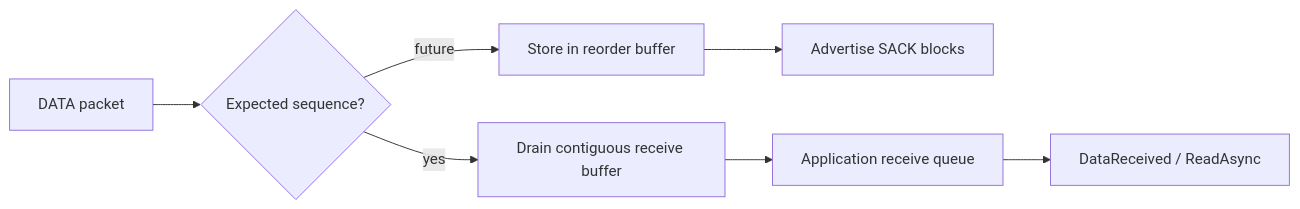
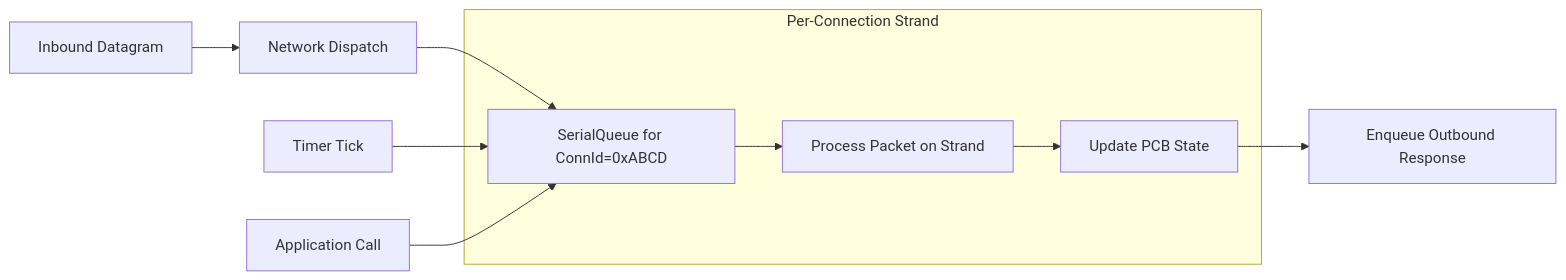
The second of 7 diagrams in docs/architecture.md (liulilittle/ucp), drawn with Mermaid before and after one commit. The commit also changed other lines of this file and 17 other files, not shown here.

````diff
--- a/docs/architecture.md
+++ b/docs/architecture.md
@@ -50,9 +91,16 @@
 ```mermaid
 flowchart LR
-    Packet[DATA packet] --> Check{Expected sequence?}
-    Check -->|yes| Drain[Drain contiguous receive buffer]
-    Check -->|future| Buffer[Store in reorder buffer]
-    Buffer --> Sack[Advertise SACK blocks]
-    Drain --> Queue[Application receive queue]
-    Queue --> Event[DataReceived / ReadAsync]
+    Inbound[Inbound Datagram] --> Dispatch[Network Dispatch]
+    Dispatch --> SQ[SerialQueue for ConnId=0xABCD]
+    SQ --> Process[Process Packet on Strand]
+    Process --> State[Update PCB State]
+    State --> Outbound[Enqueue Outbound Response]
+    Timer[Timer Tick] --> SQ
+    AppCall[Application Call] --> SQ
+
+    subgraph Strand[Per-Connection Strand]
+        SQ
+        Process
+        State
+    end
 ```
````
